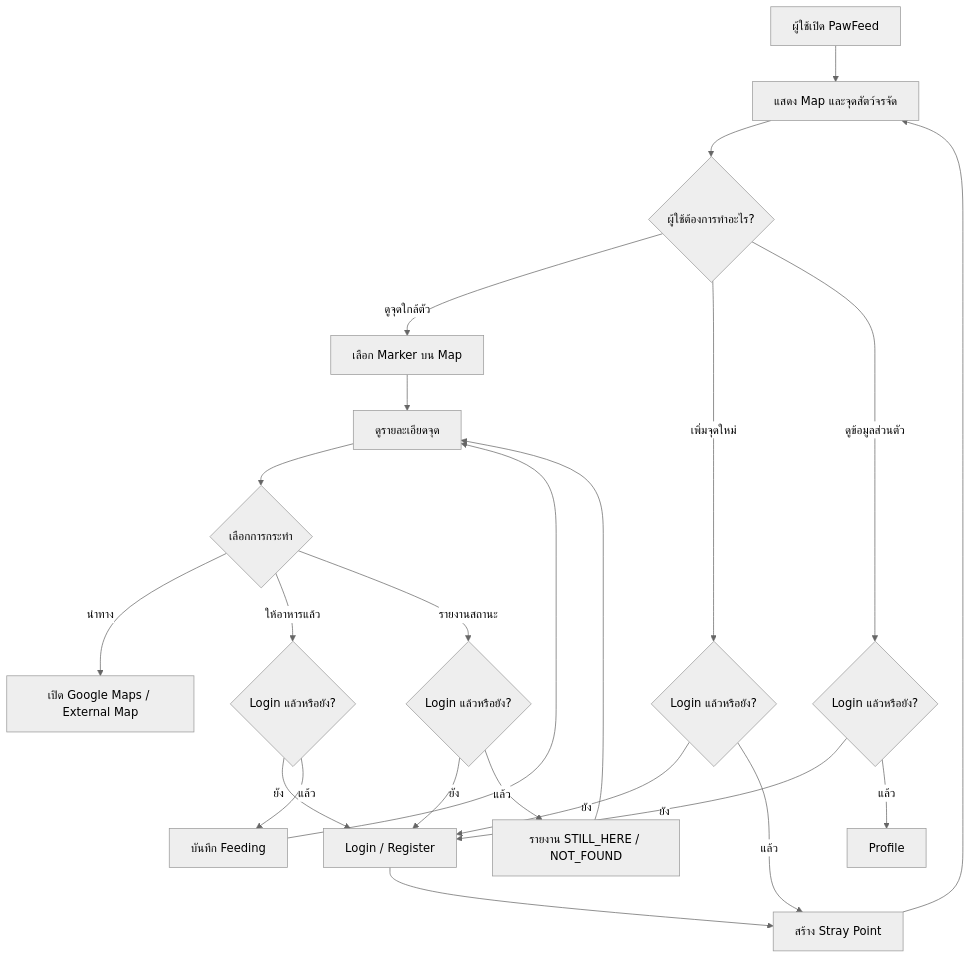
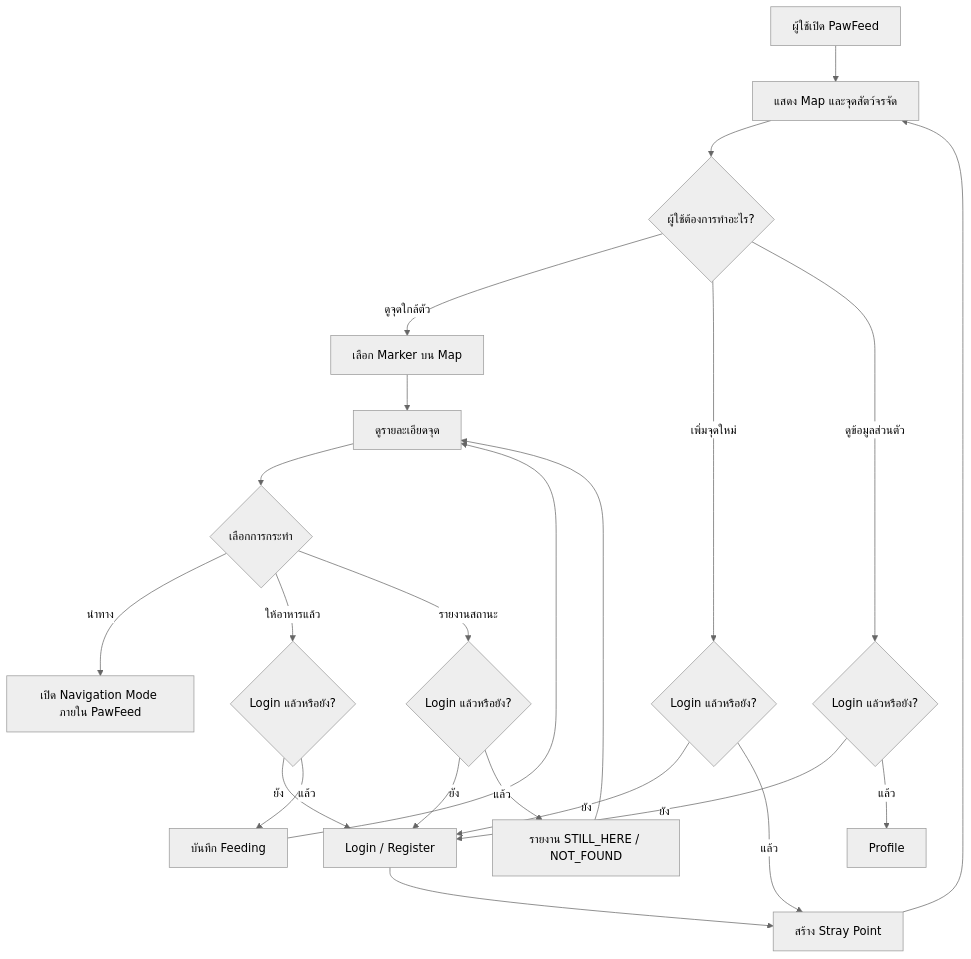
Before and after one commit to 67070119/PawFeed: the first of 9 diagrams in docs/user_flow.md, drawn with Mermaid (neutral theme). The commit also changed other lines of this file and 20 other files, not shown here.

````diff
--- a/docs/user_flow.md
+++ b/docs/user_flow.md
@@ -9,32 +9,32 @@
 ```mermaid
 flowchart TD
     A[ผู้ใช้เปิด PawFeed] --> B[แสดง Map และจุดสัตว์จรจัด]
     B --> C{ผู้ใช้ต้องการทำอะไร?}
 
     C -->|ดูจุดใกล้ตัว| D[เลือก Marker บน Map]
     C -->|เพิ่มจุดใหม่| E{Login แล้วหรือยัง?}
     C -->|ดูข้อมูลส่วนตัว| F{Login แล้วหรือยัง?}
 
     D --> G[ดูรายละเอียดจุด]
     G --> H{เลือกการกระทำ}
-    H -->|นำทาง| I[เปิด Google Maps / External Map]
+    H -->|นำทาง| I[เปิด Navigation Mode ภายใน PawFeed]
     H -->|ให้อาหารแล้ว| J{Login แล้วหรือยัง?}
     H -->|รายงานสถานะ| K{Login แล้วหรือยัง?}
 
     E -->|ยัง| L[Login / Register]
     E -->|แล้ว| M[สร้าง Stray Point]
     L --> M
 
     F -->|ยัง| L
     F -->|แล้ว| N[Profile]
 
     J -->|ยัง| L
     J -->|แล้ว| O[บันทึก Feeding]
 
     K -->|ยัง| L
     K -->|แล้ว| P[รายงาน STILL_HERE / NOT_FOUND]
 
     M --> B
     O --> G
     P --> G
 ```
````
